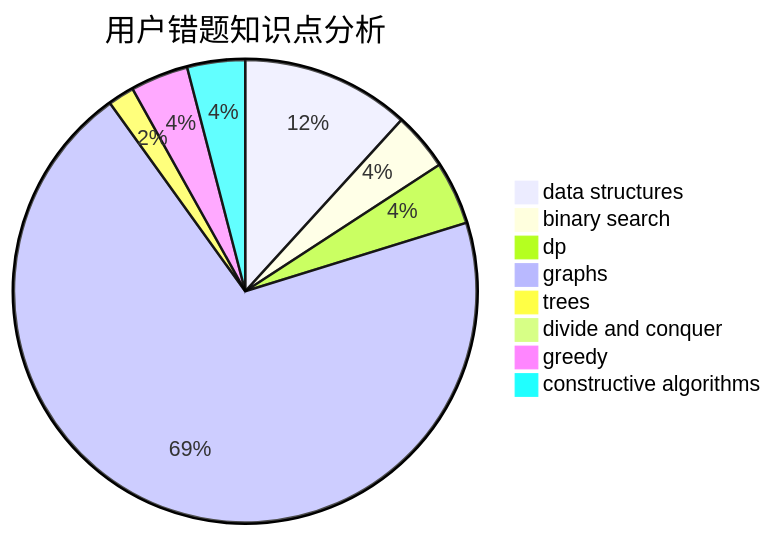
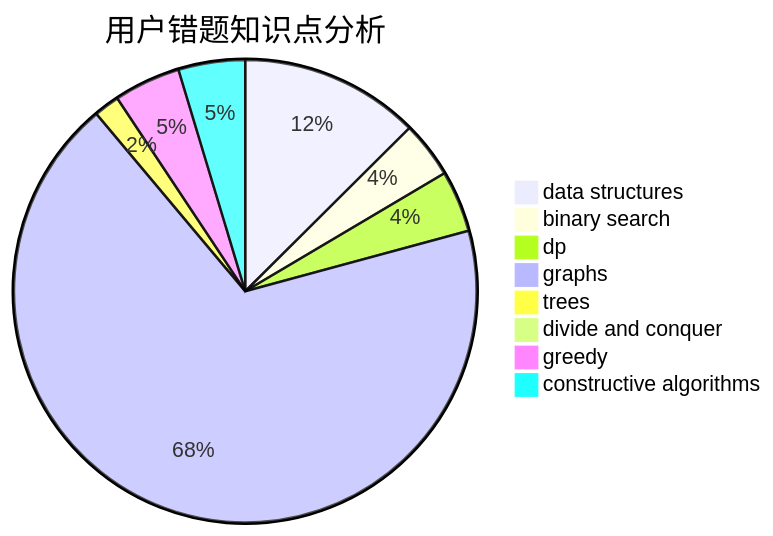
The third of 3 diagrams in docs/user/u1989.md (sherpahu/cfrs.github.io), drawn with Mermaid before and after one commit. The commit also changed other lines of this file and 2770 other files, not shown here.

````diff
--- a/docs/user/u1989.md
+++ b/docs/user/u1989.md
@@ -36,11 +36,11 @@
 ```mermaid
 pie title 用户错题知识点分析
-    "data structures" :  32
+    "data structures" :  35
     "binary search" :  11
     "dp" :  12
     "graphs" :  190
     "trees" :  5
     "divide and conquer" :  2
-    "greedy" :  11
-    "constructive algorithms" :  11
+    "greedy" :  13
+    "constructive algorithms" :  13
 ```
````
